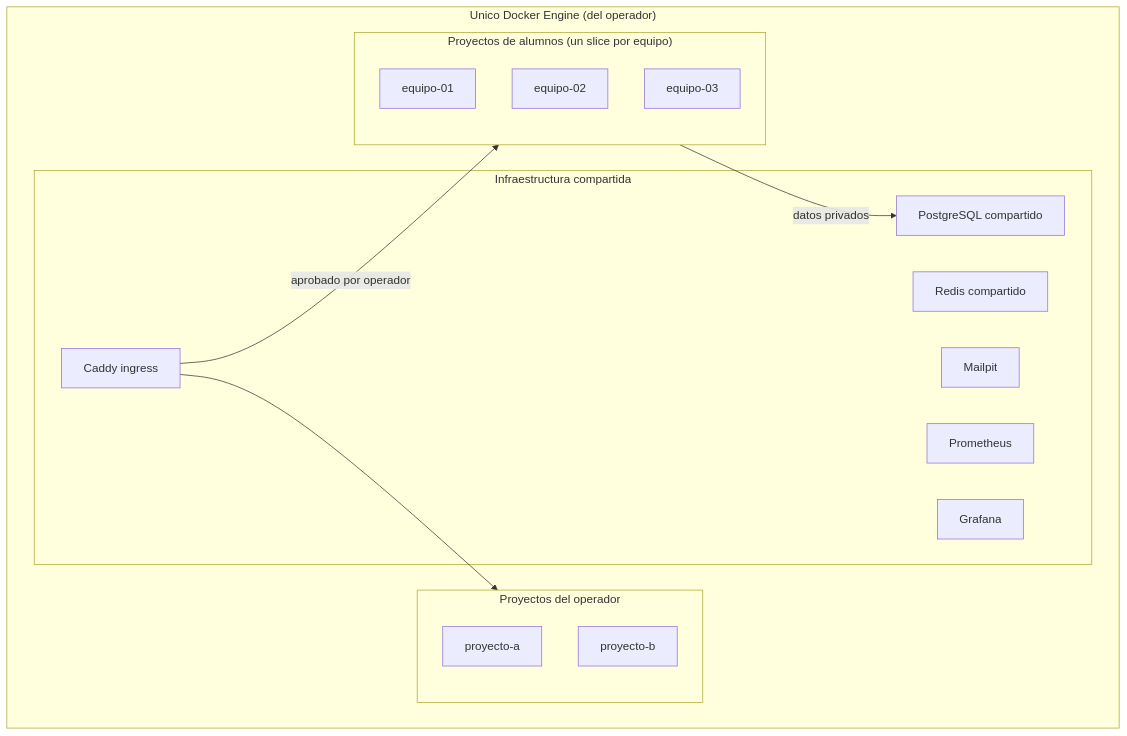
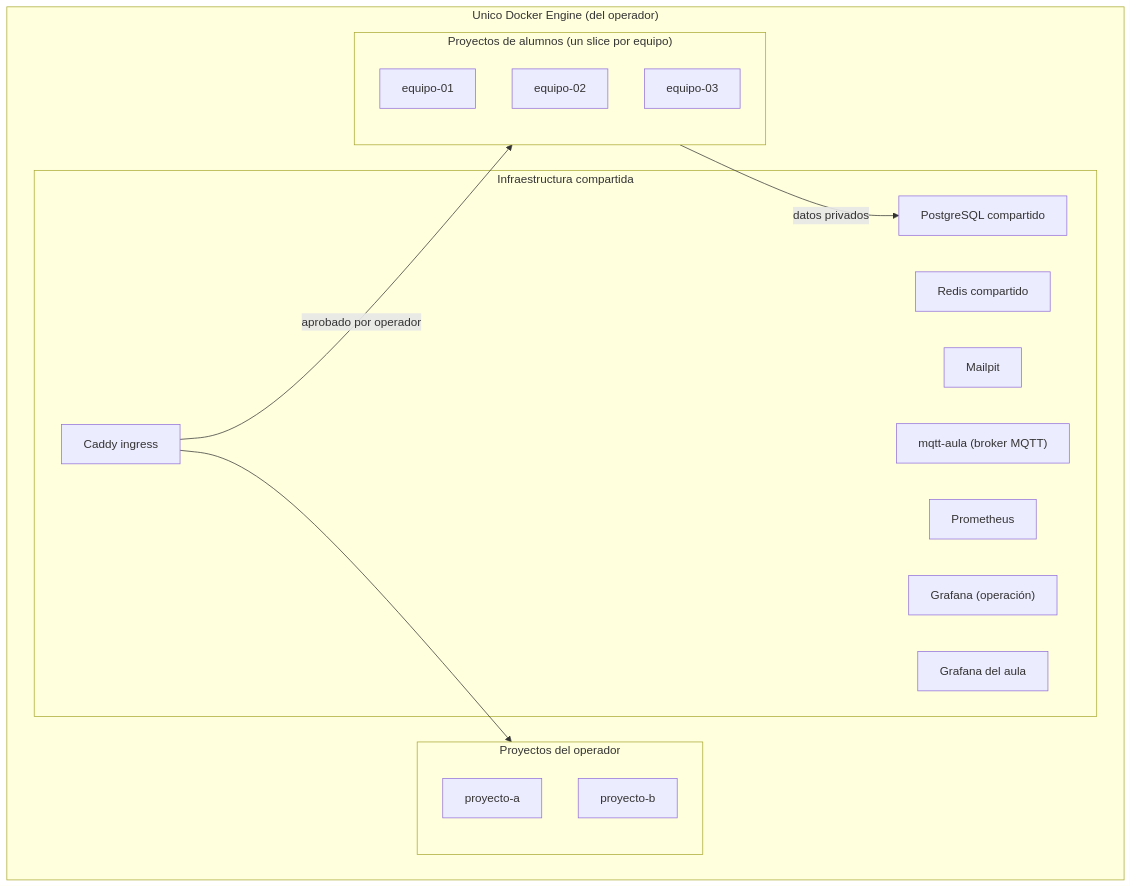
Before and after one commit to resourceldg/homelab: the first of 3 diagrams in docs/classroom-architecture.md, drawn with Mermaid. The commit also changed other lines of this file and 24 other files, not shown here.

First line of the commit message:
docs: manual con visión de arquitectura IoT, ciclo de vida y casos reales del aula

````diff
--- a/docs/classroom-architecture.md
+++ b/docs/classroom-architecture.md
@@ -29,25 +33,27 @@
 ```mermaid
 flowchart TB
   subgraph ENG["Unico Docker Engine (del operador)"]
     subgraph INFRA["Infraestructura compartida"]
       caddy["Caddy ingress"]
       pg["PostgreSQL compartido"]
       redis["Redis compartido"]
       mail["Mailpit"]
+      mqtt["mqtt-aula (broker MQTT)"]
       prom["Prometheus"]
-      graf["Grafana"]
+      graf["Grafana (operación)"]
+      grafa["Grafana del aula"]
     end
     subgraph MINE["Proyectos del operador"]
       pa["proyecto-a"]
       pb["proyecto-b"]
     end
     subgraph CLASS["Proyectos de alumnos (un slice por equipo)"]
       e1["equipo-01"]
       e2["equipo-02"]
       e3["equipo-03"]
     end
   end
   caddy --> MINE
   caddy -->|aprobado por operador| CLASS
   CLASS -->|datos privados| pg
 ```
````
